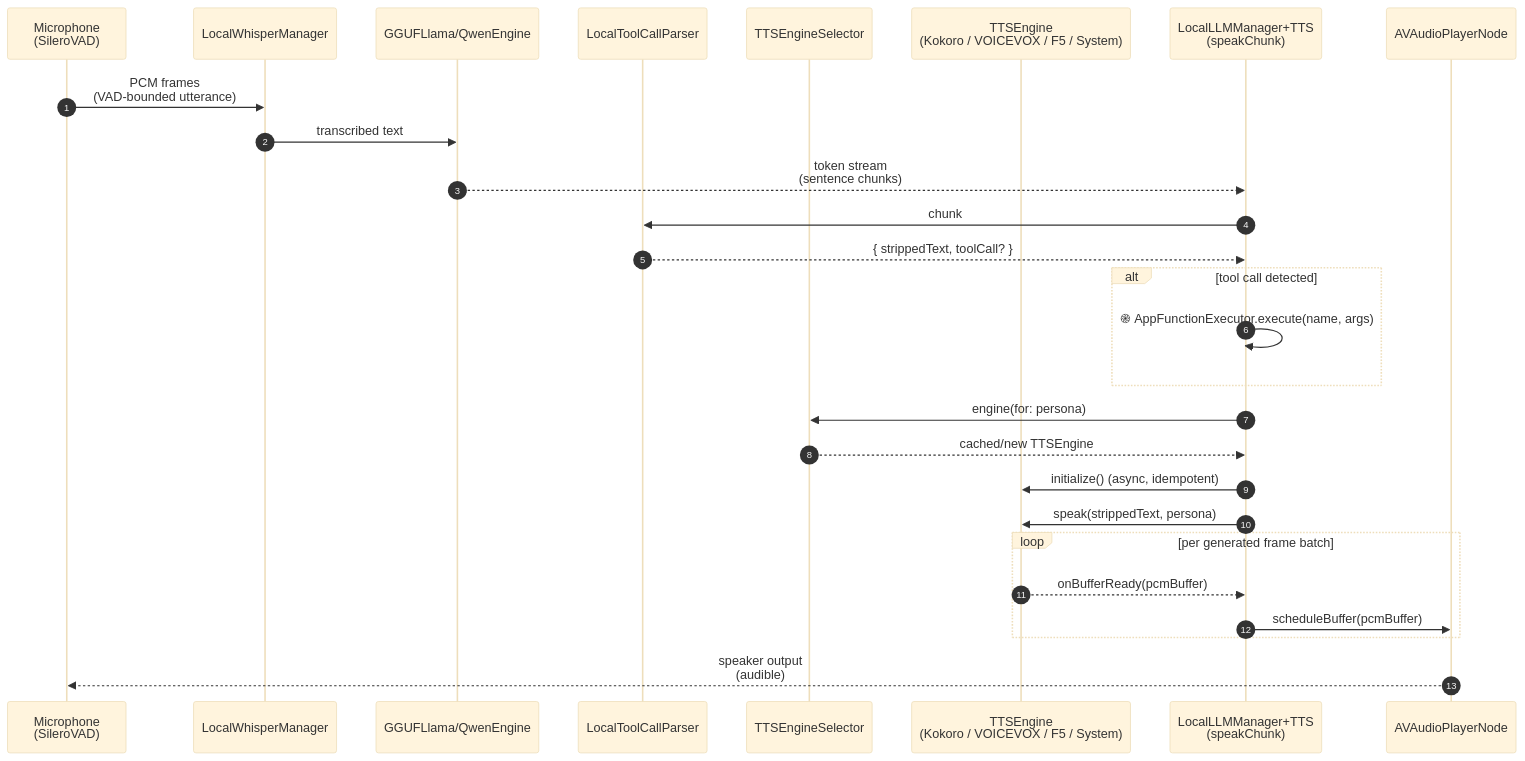
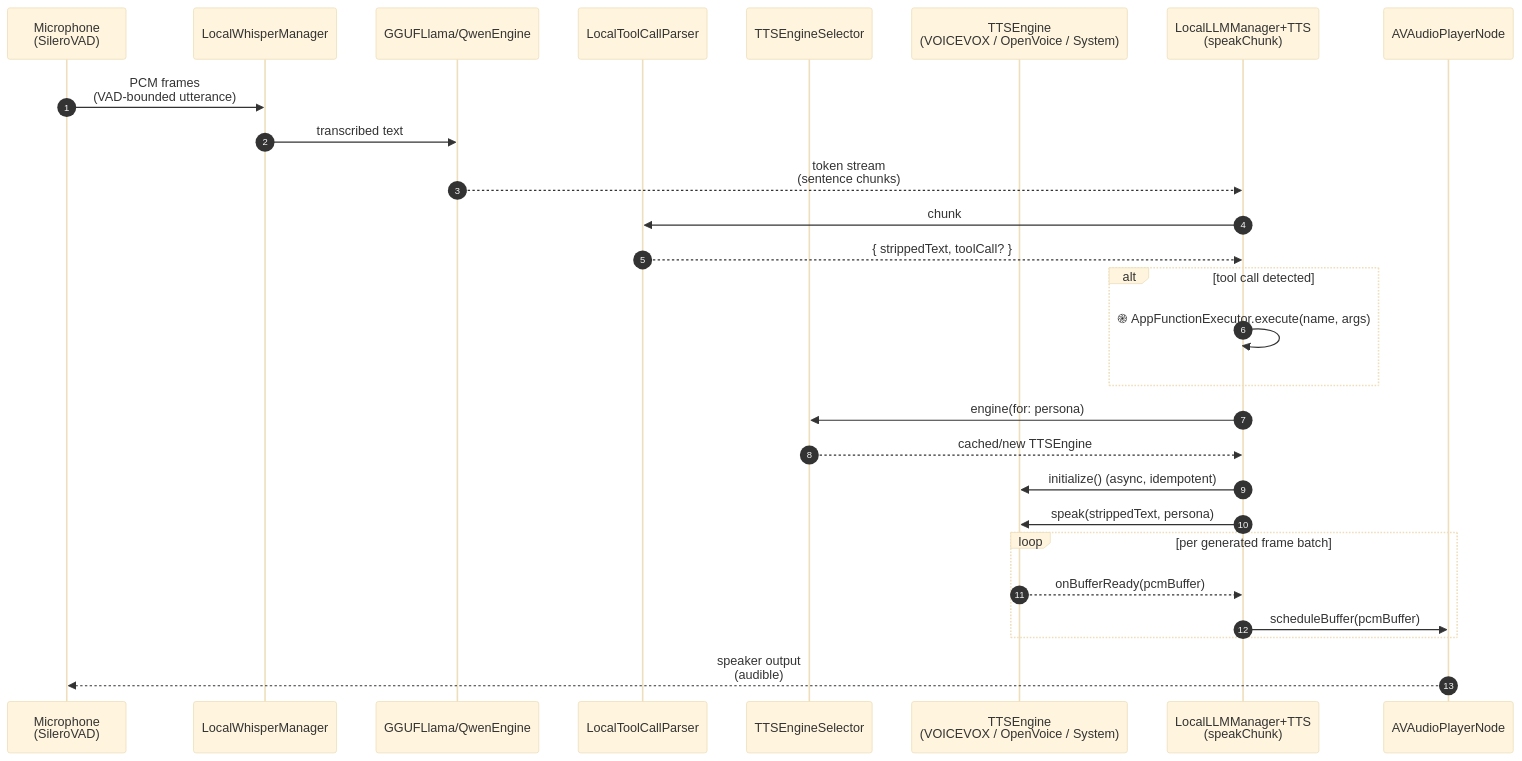
One commit to kevinliddel/NeuraLink changed the second of 4 diagrams in docs/LLM_VOICE.md. Above: the diagram before and after it, drawn with Mermaid (base theme). The commit also changed other lines of this file and 7 other files, not shown here.

Commit message:
chore: update local TTS/memory documentation to reflect new engine architectures and configuration details.

````diff
--- a/docs/LLM_VOICE.md
+++ b/docs/LLM_VOICE.md
@@ -59,30 +54,30 @@
 ```mermaid
 sequenceDiagram
     autonumber
     participant Mic as Microphone<br/>(SileroVAD)
     participant Whisper as LocalWhisperManager
     participant LLM as GGUFLlama/QwenEngine
     participant Parser as LocalToolCallParser
     participant Sel as TTSEngineSelector
-    participant Eng as TTSEngine<br/>(Kokoro / VOICEVOX / F5 / System)
+    participant Eng as TTSEngine<br/>(VOICEVOX / OpenVoice / System)
     participant Pump as LocalLLMManager+TTS<br/>(speakChunk)
     participant Player as AVAudioPlayerNode
 
     Mic->>Whisper: PCM frames<br/>(VAD-bounded utterance)
     Whisper->>LLM: transcribed text
     LLM-->>Pump: token stream<br/>(sentence chunks)
     Pump->>Parser: chunk
     Parser-->>Pump: { strippedText, toolCall? }
     alt tool call detected
         Pump->>Pump: ֎ AppFunctionExecutor.execute(name, args)
     end
     Pump->>Sel: engine(for: persona)
     Sel-->>Pump: cached/new TTSEngine
     Pump->>Eng: initialize() (async, idempotent)
     Pump->>Eng: speak(strippedText, persona)
     loop per generated frame batch
         Eng-->>Pump: onBufferReady(pcmBuffer)
         Pump->>Player: scheduleBuffer(pcmBuffer)
     end
     Player-->>Mic: speaker output<br/>(audible)
 ```
````
